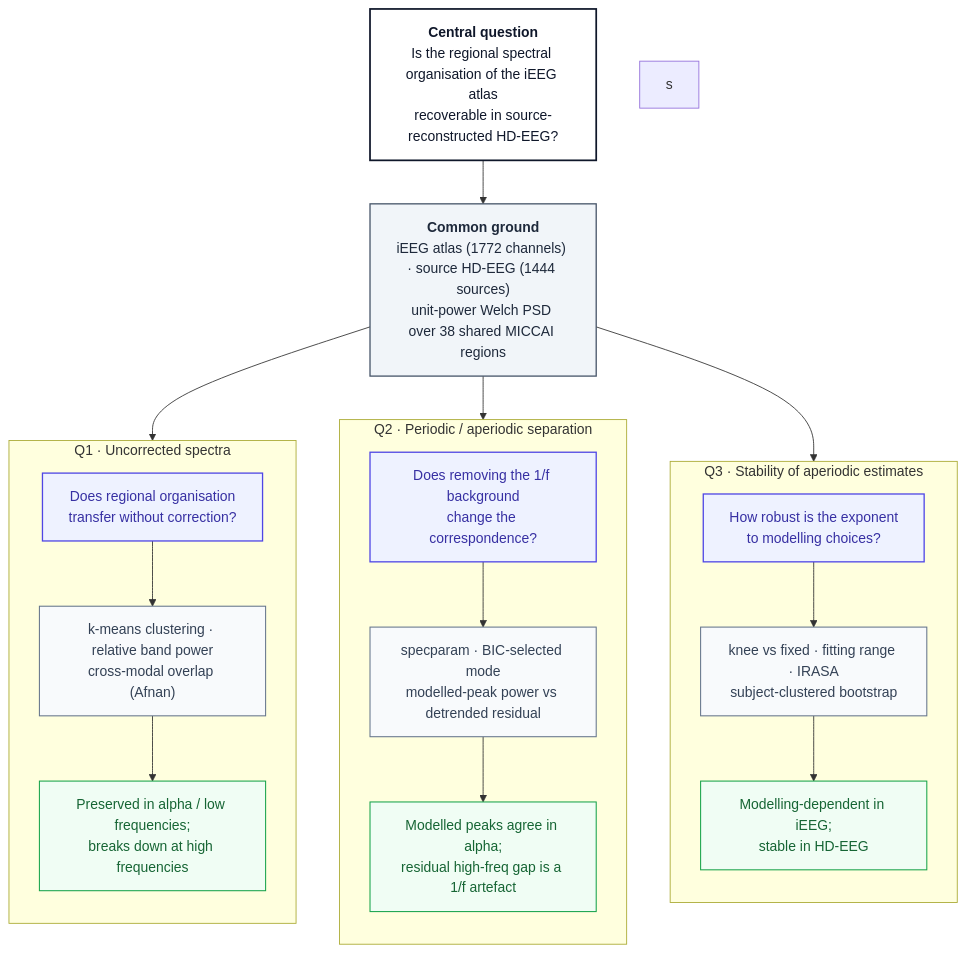
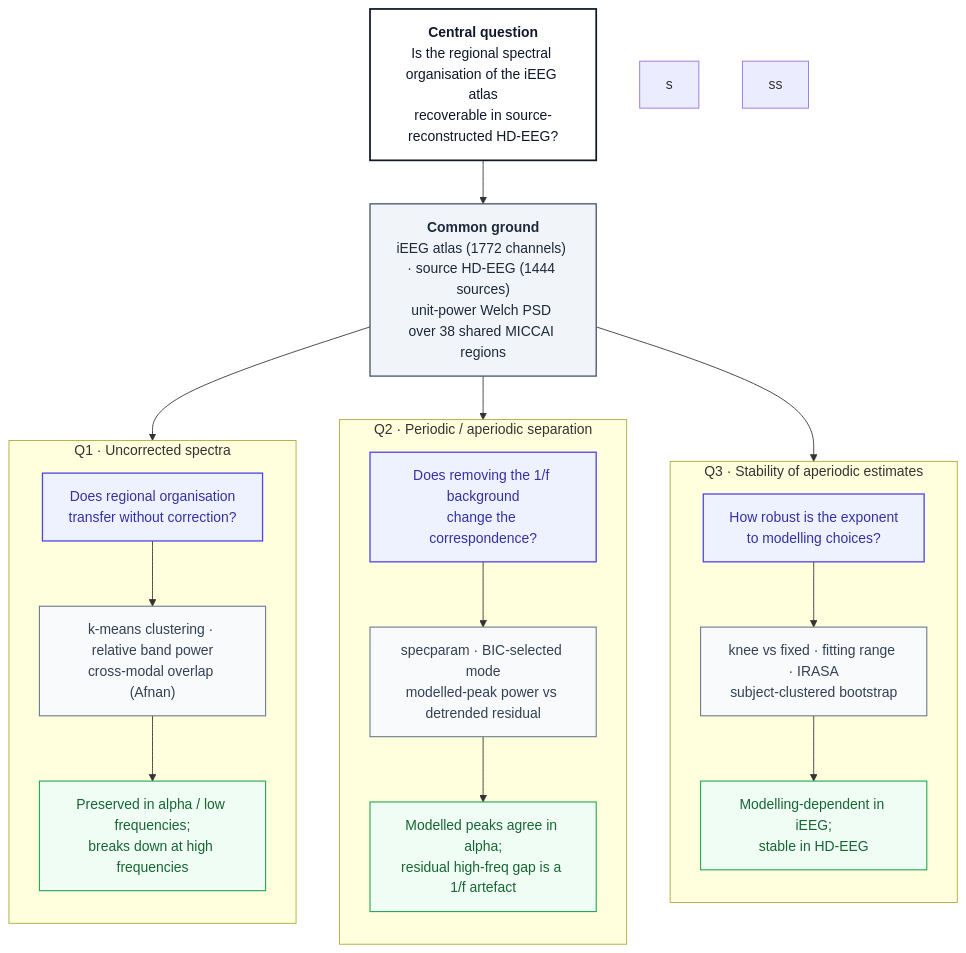
The diagram in diagrams/pipeline.mmd (danieltomasz/code-spectral-comparison), drawn with Mermaid before and after one commit.

```diff
--- a/diagrams/pipeline.mmd
+++ b/diagrams/pipeline.mmd
@@ -1,41 +1,43 @@
 flowchart TD
     classDef frame fill:#ffffff,stroke:#0f172a,stroke-width:2px,color:#0f172a;
     classDef data fill:#f1f5f9,stroke:#475569,stroke-width:1.5px,color:#1e293b;
     classDef method fill:#f8fafc,stroke:#64748b,stroke-width:1.2px,color:#334155;
     classDef take fill:#f0fdf4,stroke:#16a34a,stroke-width:1.2px,color:#166534;
     classDef qhead fill:#eef2ff,stroke:#4f46e5,stroke-width:1.5px,color:#3730a3;
 
     P["<b>Central question</b><br>Is the regional spectral organisation of the iEEG atlas<br>recoverable in source-reconstructed HD-EEG?"]:::frame
 
     D["<b>Common ground</b><br>iEEG atlas (1772 channels) · source HD-EEG (1444 sources)<br>unit-power Welch PSD over 38 shared MICCAI regions"]:::data
 
     P --> D
     D --> Q1
     D --> Q2
     D --> Q3
 
     subgraph Q1 ["Q1 · Uncorrected spectra"]
         direction TB
         Q1h["Does regional organisation<br>transfer without correction?"]:::qhead
         Q1m["k-means clustering · relative band power<br>cross-modal overlap (Afnan)"]:::method
         Q1t["Preserved in alpha / low frequencies;<br>breaks down at high frequencies"]:::take
         Q1h --> Q1m --> Q1t
     end
 
     s
+    ss
+    ss
 
     subgraph Q2 ["Q2 · Periodic / aperiodic separation"]
         direction TB
         Q2h["Does removing the 1/f background<br>change the correspondence?"]:::qhead
         Q2m["specparam · BIC-selected mode<br>modelled-peak power vs detrended residual"]:::method
         Q2t["Modelled peaks agree in alpha;<br>residual high-freq gap is a 1/f artefact"]:::take
         Q2h --> Q2m --> Q2t
     end
 
     subgraph Q3 ["Q3 · Stability of aperiodic estimates"]
         direction TB
         Q3h["How robust is the exponent<br>to modelling choices?"]:::qhead
         Q3m["knee vs fixed · fitting range · IRASA<br>subject-clustered bootstrap"]:::method
         Q3t["Modelling-dependent in iEEG;<br>stable in HD-EEG"]:::take
         Q3h --> Q3m --> Q3t
     end
```
